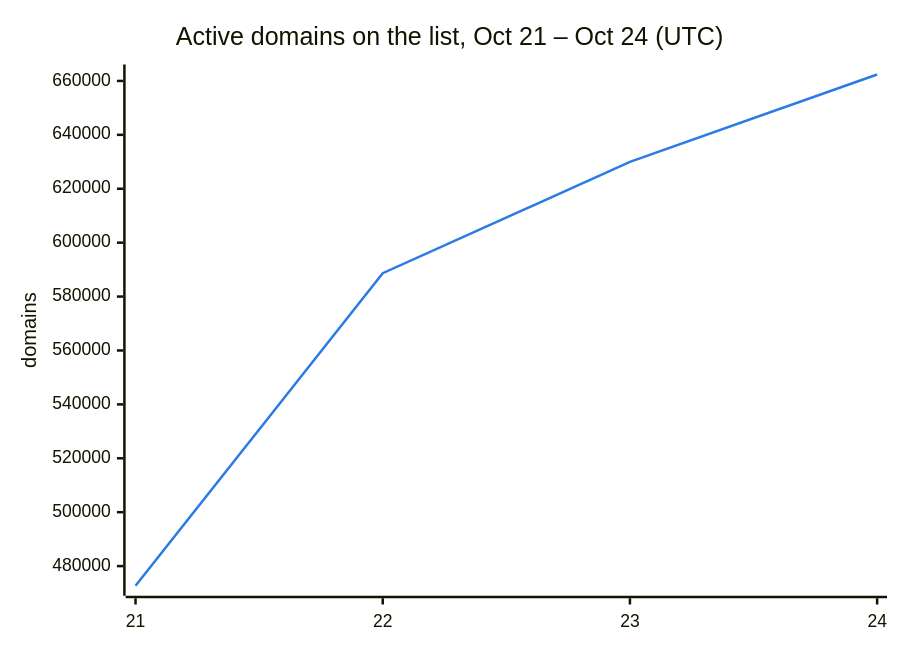
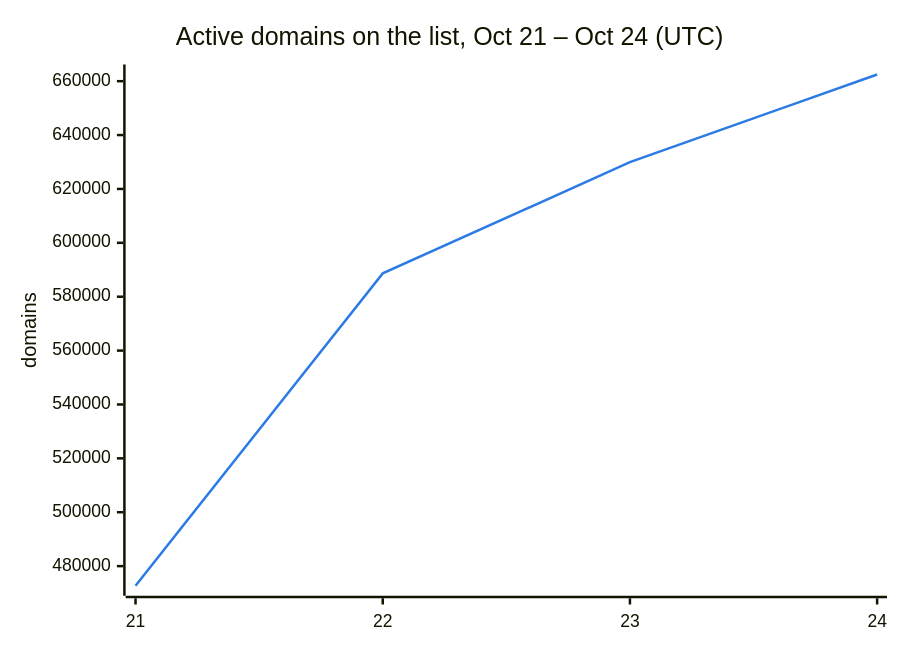
One commit to DNSBunker/CTI changed the second of 3 diagrams in README.md. Above: the diagram before and after it, drawn with Mermaid. The commit also changed other lines of this file and 3 other files, not shown here.

````diff
--- a/README.md
+++ b/README.md
@@ -38,8 +38,8 @@
 ```mermaid
 %%{init: {"themeVariables": {"xyChart": {"plotColorPalette": "#2c7be5"}}}}%%
 xychart-beta
     title "Active domains on the list, Oct 21 – Oct 24 (UTC)"
     x-axis ["21", "22", "23", "24"]
     y-axis "domains"
-    line [472713, 588659, 629951, 662388]
+    line [472713, 588659, 629951, 662479]
 ```
````
